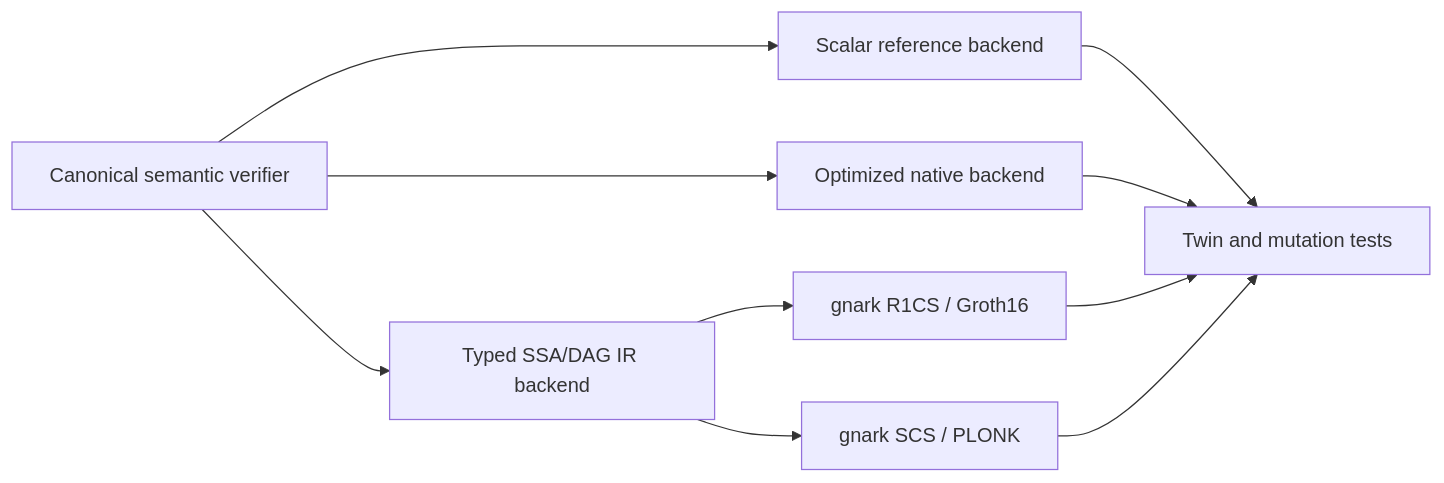
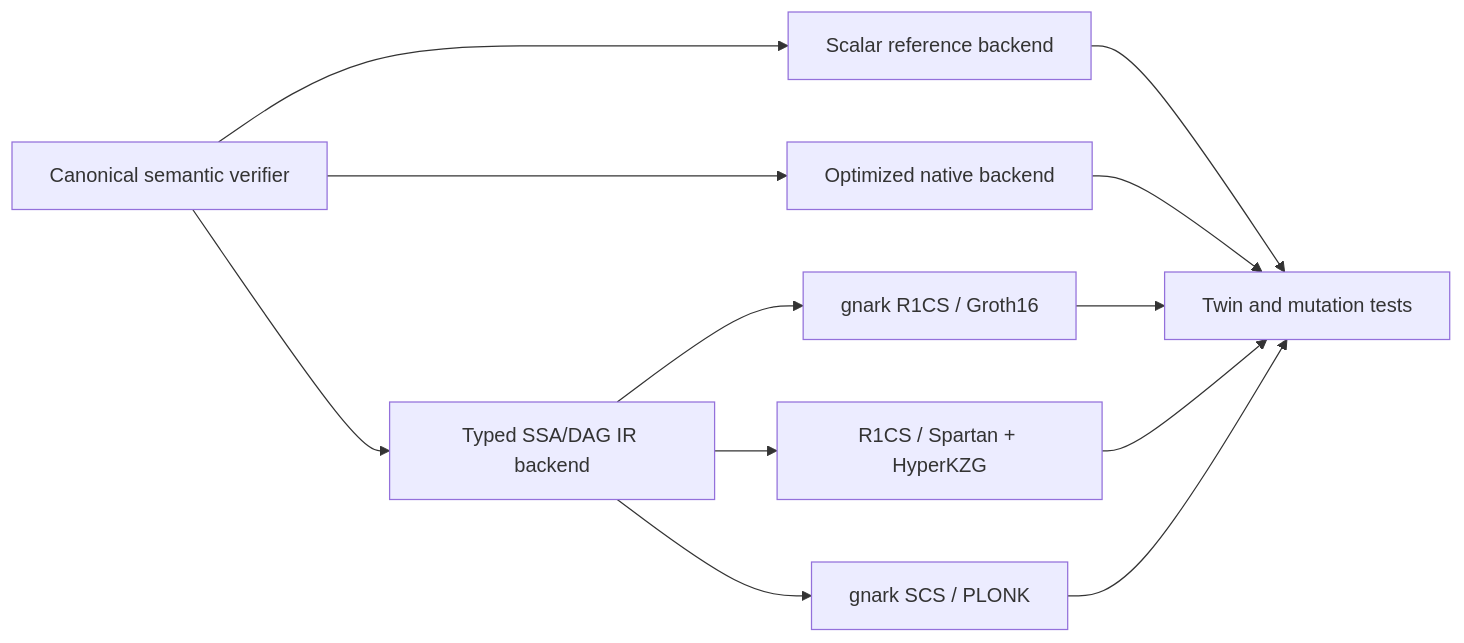
The second of 2 diagrams in specs/on-chain-lattice-jolt-wrapper.md (LayerZero-Labs/akita), drawn with Mermaid before and after one commit. The commit also changed other lines of this file, not shown here.

````diff
--- a/specs/on-chain-lattice-jolt-wrapper.md
+++ b/specs/on-chain-lattice-jolt-wrapper.md
@@ -637,12 +787,14 @@
 ```mermaid
 flowchart LR
     S["Canonical semantic verifier"] --> R["Scalar reference backend"]
     S --> N["Optimized native backend"]
     S --> I["Typed SSA/DAG IR backend"]
     I --> G["gnark R1CS / Groth16"]
+    I --> H["R1CS / Spartan + HyperKZG"]
     I --> P["gnark SCS / PLONK"]
     R --> T["Twin and mutation tests"]
     N --> T
     G --> T
+    H --> T
     P --> T
 ```
````
